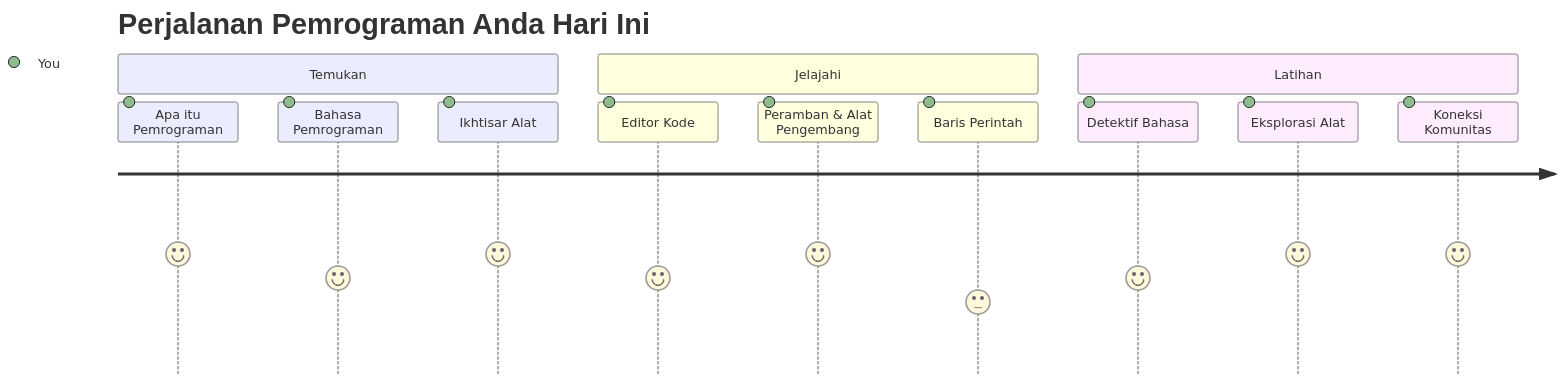
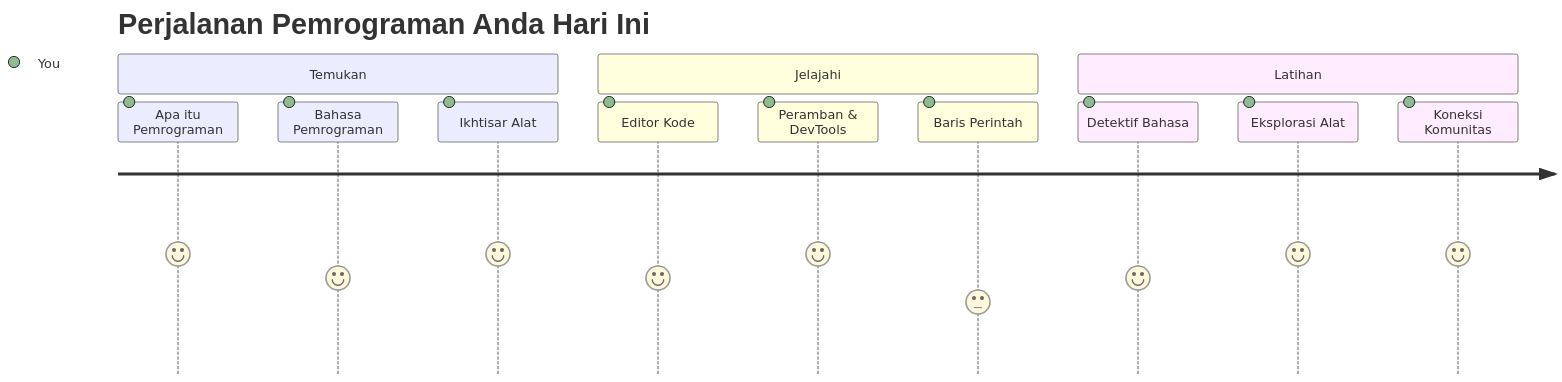
Before and after one commit to microsoft/Web-Dev-For-Beginners: the first of 7 diagrams in translations/id/1-getting-started-lessons/1-intro-to-programming-languages/README.md, drawn with Mermaid. The commit also changed other lines of this file and 8 other files, not shown here.

````diff
--- a/translations/id/1-getting-started-lessons/1-intro-to-programming-languages/README.md
+++ b/translations/id/1-getting-started-lessons/1-intro-to-programming-languages/README.md
@@ -14,16 +14,16 @@
 ```mermaid
 journey
     title Perjalanan Pemrograman Anda Hari Ini
     section Temukan
       Apa itu Pemrograman: 5: You
       Bahasa Pemrograman: 4: You
       Ikhtisar Alat: 5: You
     section Jelajahi
       Editor Kode: 4: You
-      Peramban & Alat Pengembang: 5: You
+      Peramban & DevTools: 5: You
       Baris Perintah: 3: You
     section Latihan
       Detektif Bahasa: 4: You
       Eksplorasi Alat: 5: You
       Koneksi Komunitas: 5: You
 ```
````
